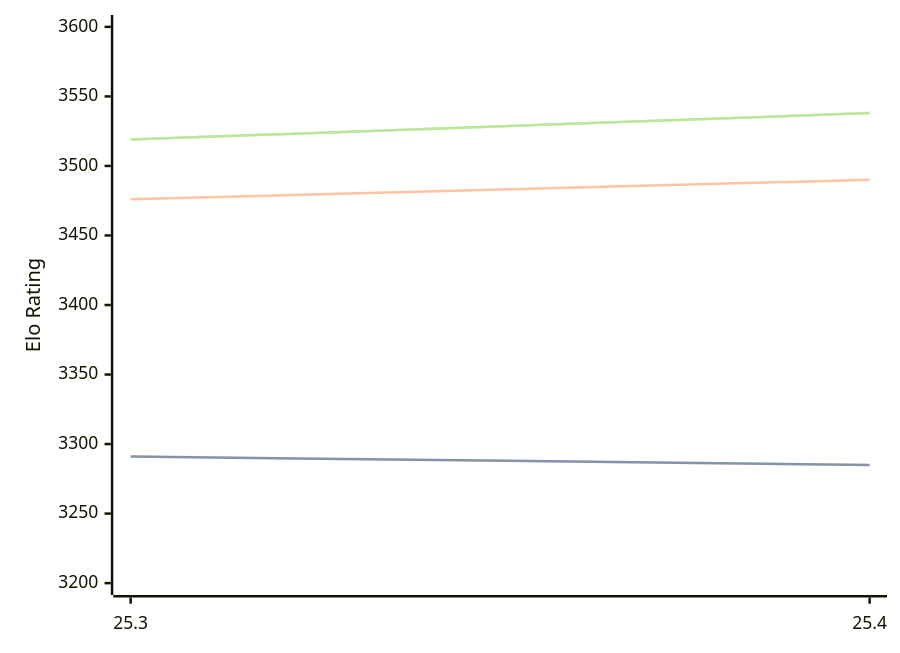
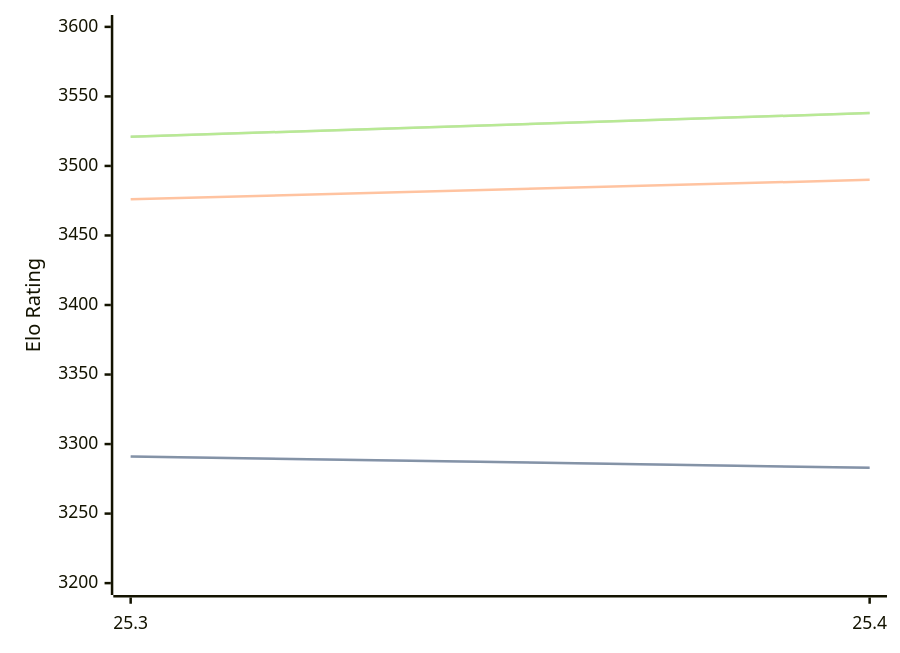
The diagram in engines/Arasan.md (computer-chess-index/cci), drawn with Mermaid before and after one commit. The commit also changed other lines of this file, not shown here.

Commit message:
Update CCI Ratings (ELO VLTC) - 2026-05-13

````diff
--- a/engines/Arasan.md
+++ b/engines/Arasan.md
@@ -33,11 +33,11 @@
 ```mermaid
 %%{init: {"theme":"base","themeVariables":{"seriesColors:['#a3a3a3','#222221','#faa371']}}}%%
 xychart-beta
   x-axis ["25.3", "25.4"]
   y-axis "Elo Rating" 3200 --> 3600
-  line "STC (8.0+0.08s)" [3291, 3285]
-  line "STC (8.0+0.08s)" [3291, 3285]
+  line "STC (8.0+0.08s)" [3291, 3283]
+  line "STC (8.0+0.08s)" [3291, 3283]
   line "LTC (60.0+0.60s)" [3476, 3490]
-  line "VLTC (2m24s+1.12s)" [3519, 3538]
-  line "VLTC (2m24s+1.12s)" [3519, 3538]
+  line "VLTC (2m24s+1.12s)" [3521, 3538]
+  line "VLTC (2m24s+1.12s)" [3521, 3538]
 ```
````
